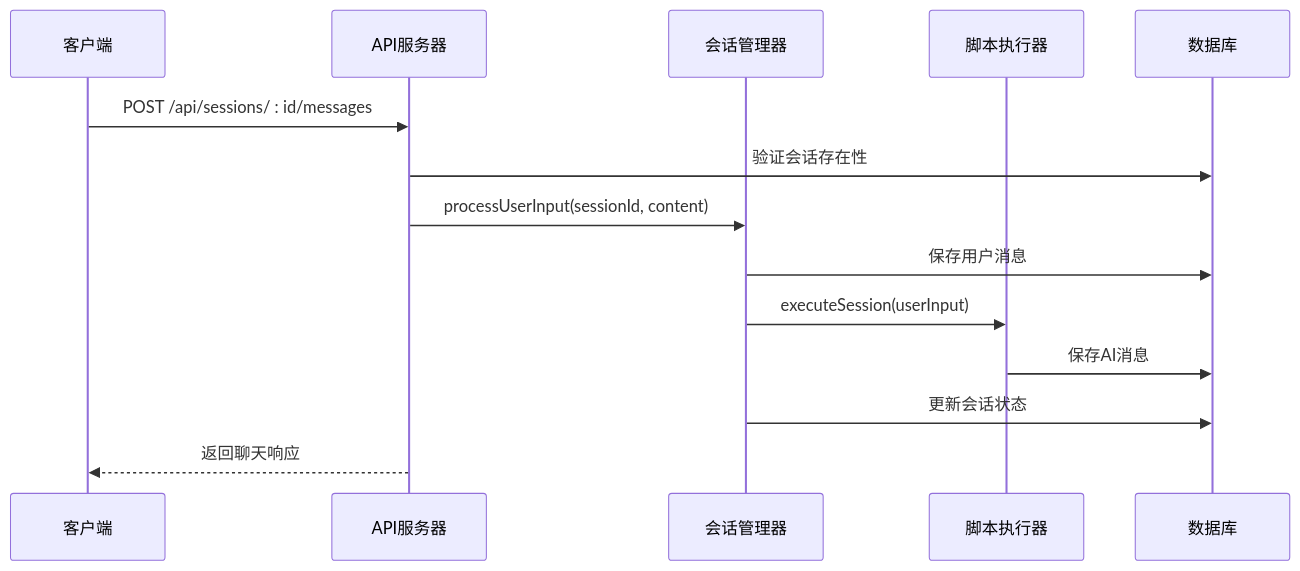
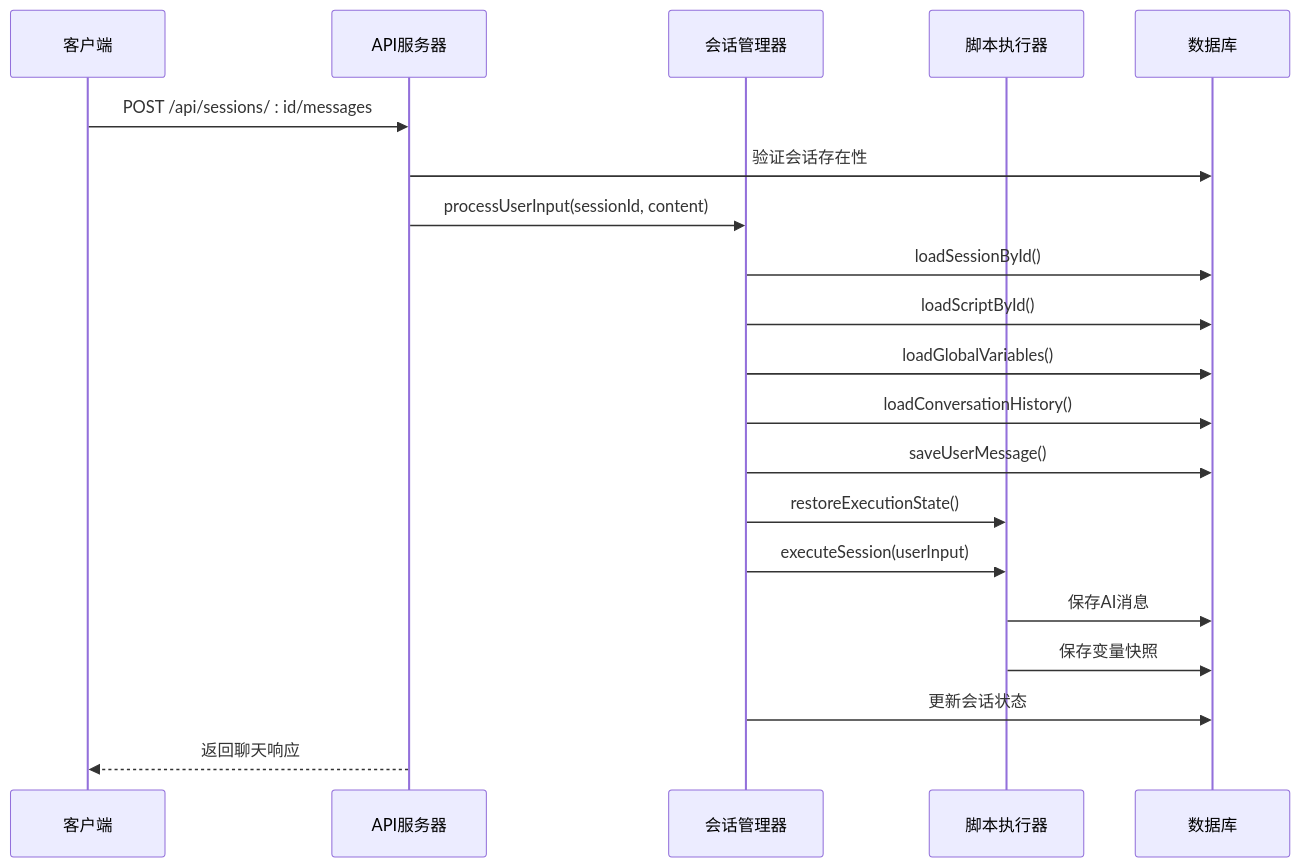
One commit to EverettCamus/HeartRule-Qoder changed the sixth of 9 diagrams in .qoder/repowiki/zh/content/API接口文档/会话管理API.md. Above: the diagram before and after it, drawn with Mermaid. The commit also changed other lines of this file and 31 other files, not shown here.

````diff
--- a/.qoder/repowiki/zh/content/API接口文档/会话管理API.md
+++ b/.qoder/repowiki/zh/content/API接口文档/会话管理API.md
@@ -438,16 +511,22 @@
 ```mermaid
 sequenceDiagram
 participant Client as 客户端
 participant API as API服务器
 participant Manager as 会话管理器
 participant Engine as 脚本执行器
 participant DB as 数据库
 Client->>API : POST /api/sessions/ : id/messages
 API->>DB : 验证会话存在性
 API->>Manager : processUserInput(sessionId, content)
-Manager->>DB : 保存用户消息
+Manager->>DB : loadSessionById()
+Manager->>DB : loadScriptById()
+Manager->>DB : loadGlobalVariables()
+Manager->>DB : loadConversationHistory()
+Manager->>DB : saveUserMessage()
+Manager->>Engine : restoreExecutionState()
 Manager->>Engine : executeSession(userInput)
 Engine->>DB : 保存AI消息
+Engine->>DB : 保存变量快照
 Manager->>DB : 更新会话状态
 API-->>Client : 返回聊天响应
 ```
````
